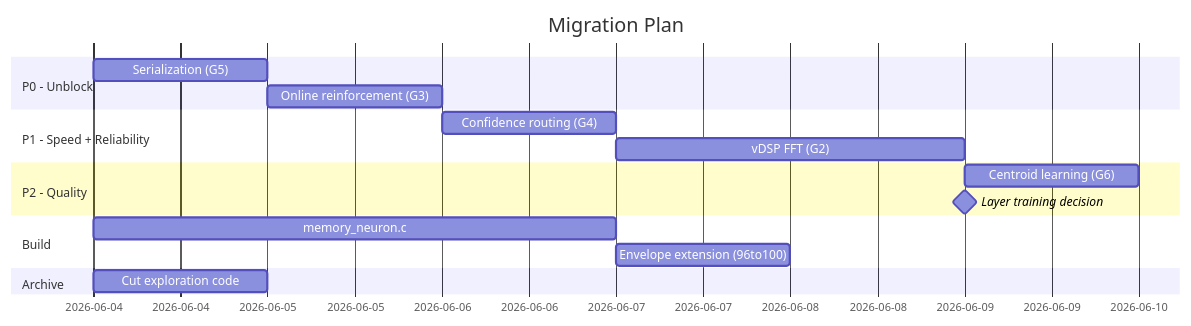
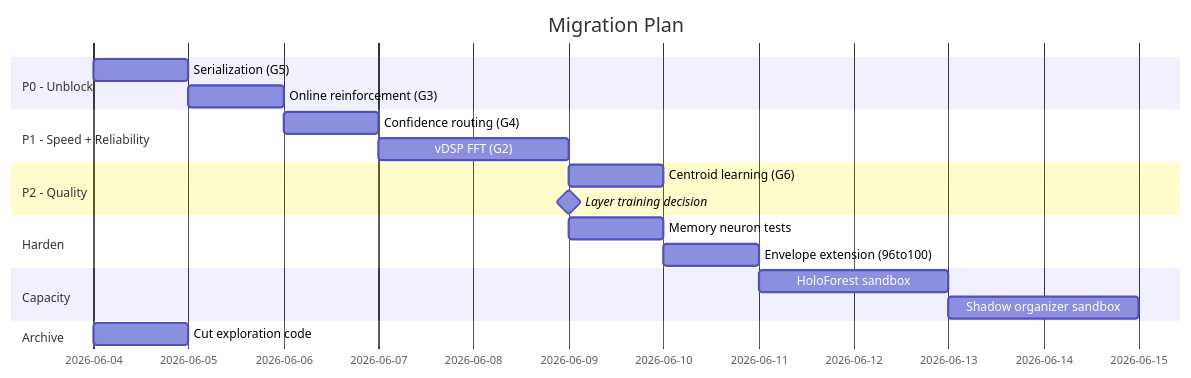
Before and after one commit to atimics/crlplrimes: the sixth of 6 diagrams in docs/holonet-retrospective.md, drawn with Mermaid. The commit also changed other lines of this file and 11 other files, not shown here.

````diff
--- a/docs/holonet-retrospective.md
+++ b/docs/holonet-retrospective.md
@@ -331,19 +383,22 @@
 ```mermaid
 gantt
     title Migration Plan
     dateFormat  YYYY-MM-DD
     section P0 - Unblock
     Serialization (G5)         :g5, 2026-06-04, 1d
     Online reinforcement (G3)  :g3, after g5, 1d
     section P1 - Speed + Reliability
     Confidence routing (G4)    :g4, after g3, 1d
     vDSP FFT (G2)              :g2, after g4, 2d
     section P2 - Quality
     Centroid learning (G6)     :g6, after g2, 1d
     Layer training decision    :milestone, after g2, 0d
-    section Build
-    memory_neuron.c            :mn, 2026-06-04, 3d
+    section Harden
+    Memory neuron tests        :mn, 2026-06-09, 1d
     Envelope extension (96to100):env, after mn, 1d
+    section Capacity
+    HoloForest sandbox         :hf, after env, 2d
+    Shadow organizer sandbox   :so, after hf, 2d
     section Archive
     Cut exploration code       :cut, 2026-06-04, 1d
 ```
````
